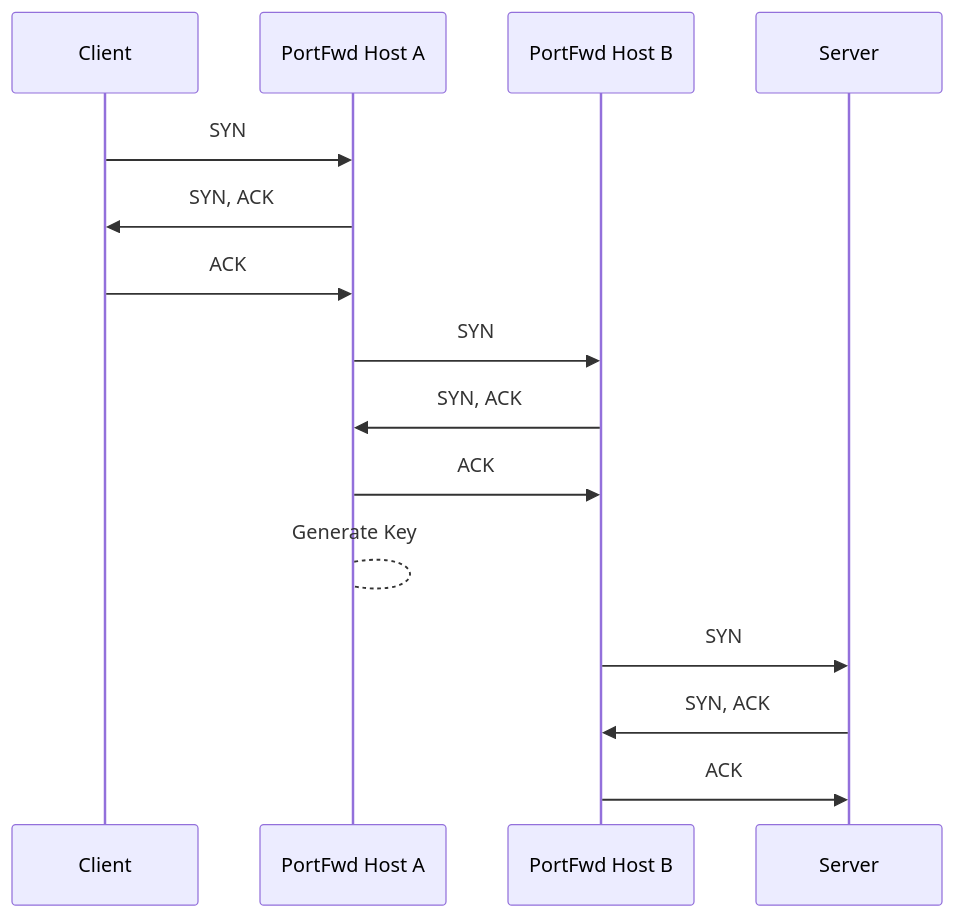
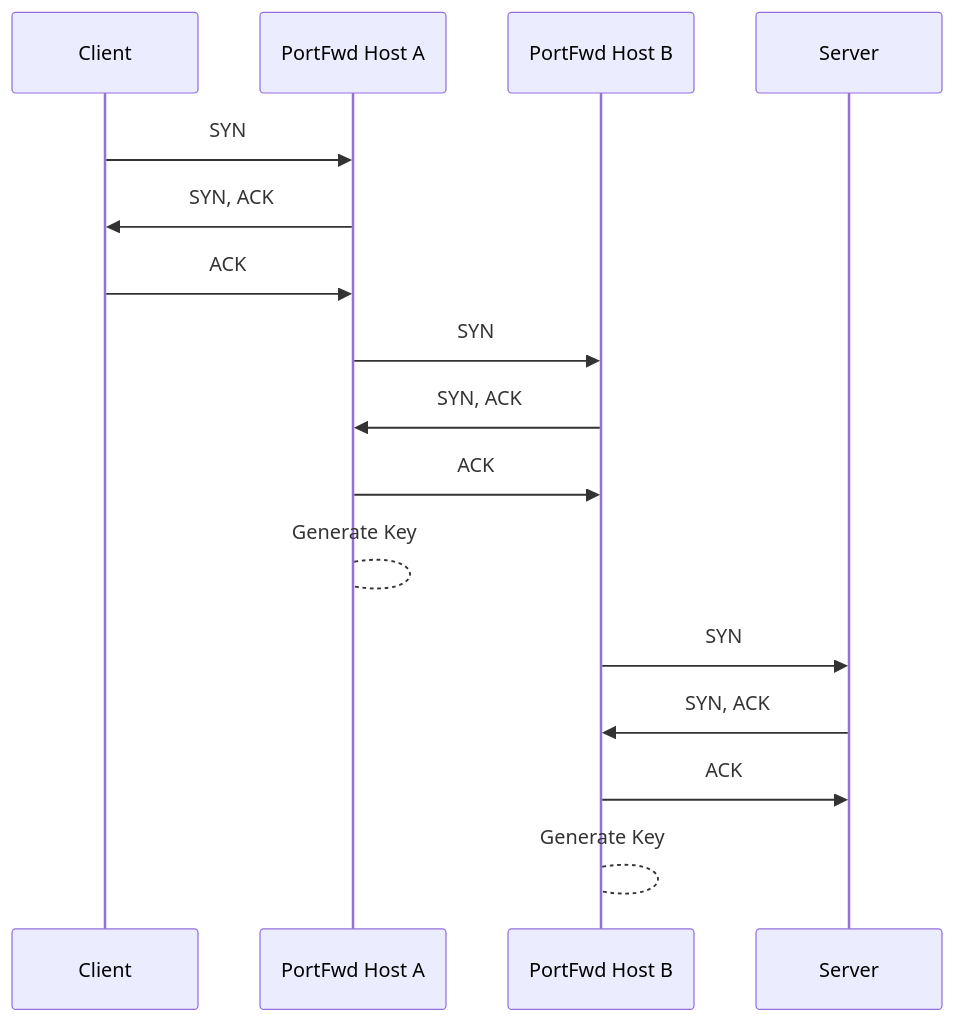
One commit to cmason3/portfwd changed the diagram in README.md. Above: the diagram before and after it, drawn with Mermaid.

````diff
--- a/README.md
+++ b/README.md
@@ -32,19 +32,22 @@
 ```mermaid
 sequenceDiagram
     participant C as Client
     participant A as PortFwd Host A
     participant B as PortFwd Host B
     participant S as Server
     C->>A: SYN
     A->>C: SYN, ACK
     C->>A: ACK
     A->>B: SYN
     B->>A: SYN, ACK
     A->>B: ACK
 
     A-->A: Generate Key
 
     B->>S: SYN
     S->>B: SYN, ACK
     B->>S: ACK
+
+    B-->B: Generate Key
+
 ```
````
